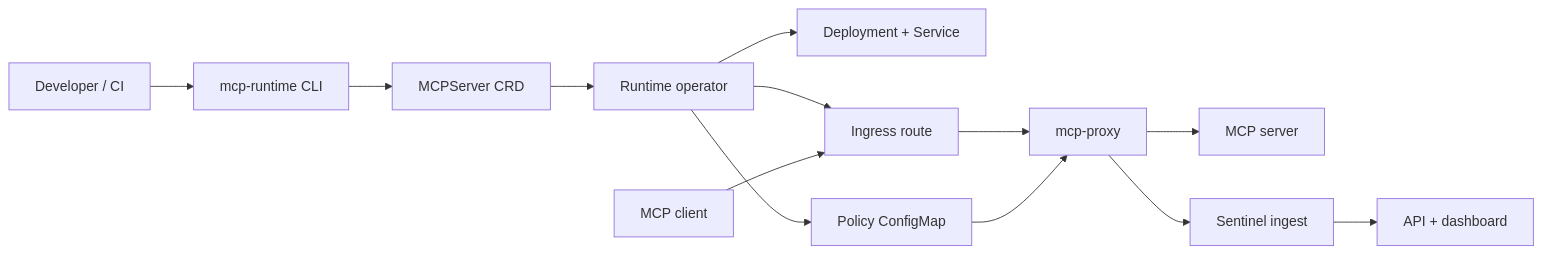
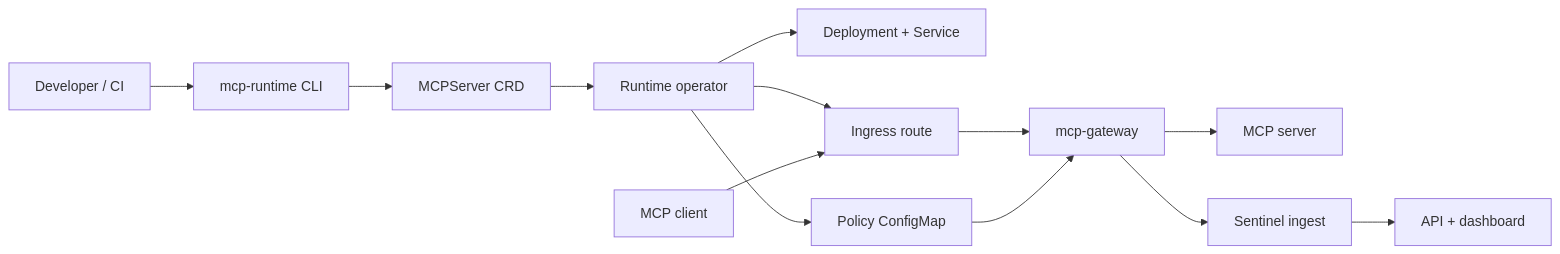
One commit to Agent-Hellboy/mcp-runtime changed the first of 5 diagrams in docs/architecture.md. Above: the diagram before and after it, drawn with Mermaid. The commit also changed other lines of this file and 43 other files, not shown here.

````diff
--- a/docs/architecture.md
+++ b/docs/architecture.md
@@ -5,15 +5,15 @@
 ```mermaid
 flowchart LR
     Dev[Developer / CI] --> CLI[mcp-runtime CLI]
     CLI --> CRD[MCPServer CRD]
     CRD --> Operator[Runtime operator]
     Operator --> Workload[Deployment + Service]
     Operator --> Ingress[Ingress route]
     Operator --> Policy[Policy ConfigMap]
     Client[MCP client] --> Ingress
-    Ingress --> Proxy[mcp-proxy]
-    Policy --> Proxy
-    Proxy --> Server[MCP server]
-    Proxy --> Ingest[Sentinel ingest]
+    Ingress --> Gateway[mcp-gateway]
+    Policy --> Gateway
+    Gateway --> Server[MCP server]
+    Gateway --> Ingest[Sentinel ingest]
     Ingest --> UI[API + dashboard]
 ```
````
